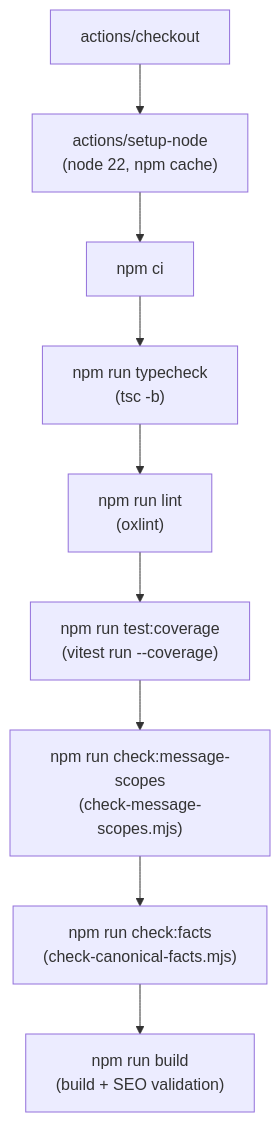
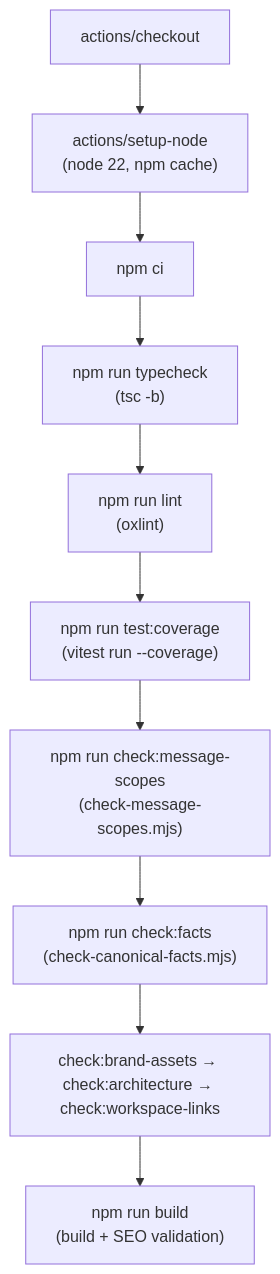
One commit to Dutiva-Canada/Dutiva_Web changed the second of 6 diagrams in docs/wiki/CI-Pipeline-Testing.md. Above: the diagram before and after it, drawn with Mermaid. The commit also changed other lines of this file and 84 other files, not shown here.

````diff
--- a/docs/wiki/CI-Pipeline-Testing.md
+++ b/docs/wiki/CI-Pipeline-Testing.md
@@ -74,11 +74,12 @@
 ```mermaid
 flowchart TD
     A["actions/checkout"] --> B["actions/setup-node\n(node 22, npm cache)"]
     B --> C["npm ci"]
     C --> D["npm run typecheck\n(tsc -b)"]
     D --> E["npm run lint\n(oxlint)"]
     E --> F["npm run test:coverage\n(vitest run --coverage)"]
     F --> G["npm run check:message-scopes\n(check-message-scopes.mjs)"]
     G --> H["npm run check:facts\n(check-canonical-facts.mjs)"]
-    H --> I["npm run build\n(build + SEO validation)"]
+    H --> H2["check:brand-assets → check:architecture → check:workspace-links"]
+    H2 --> I["npm run build\n(build + SEO validation)"]
 ```
````
